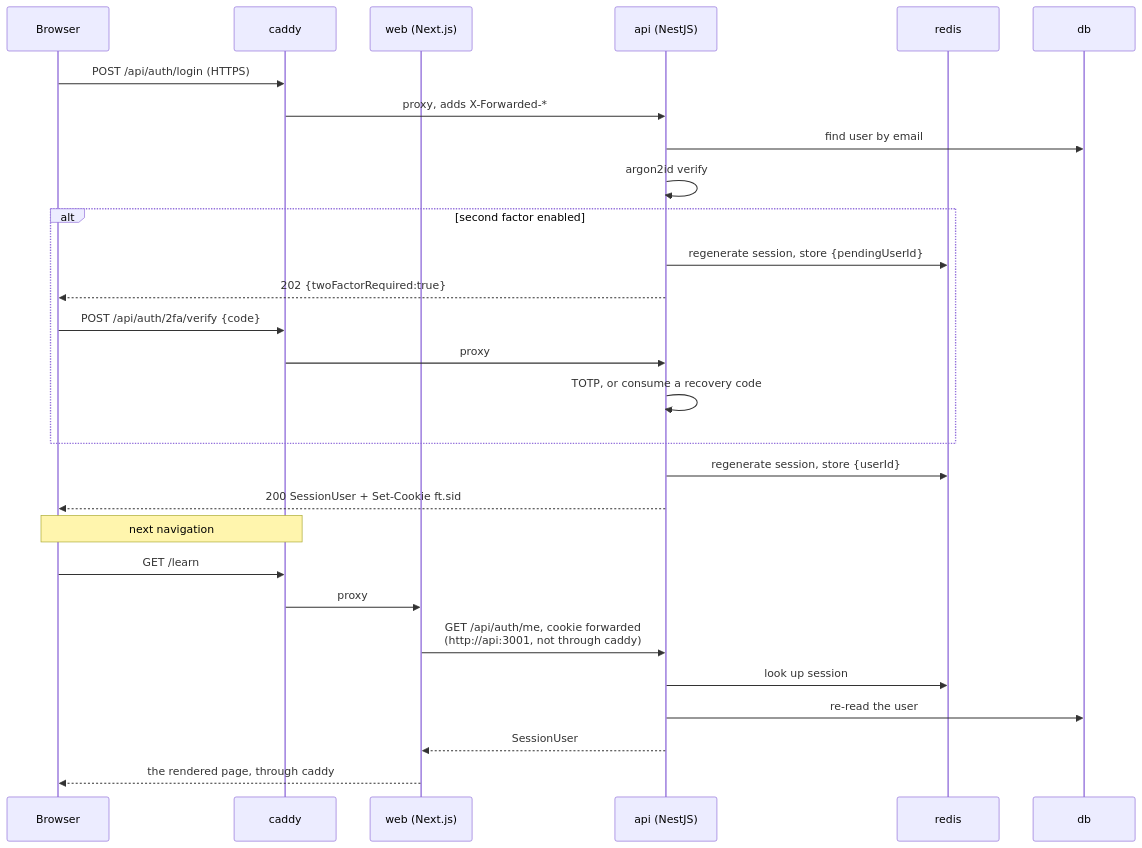
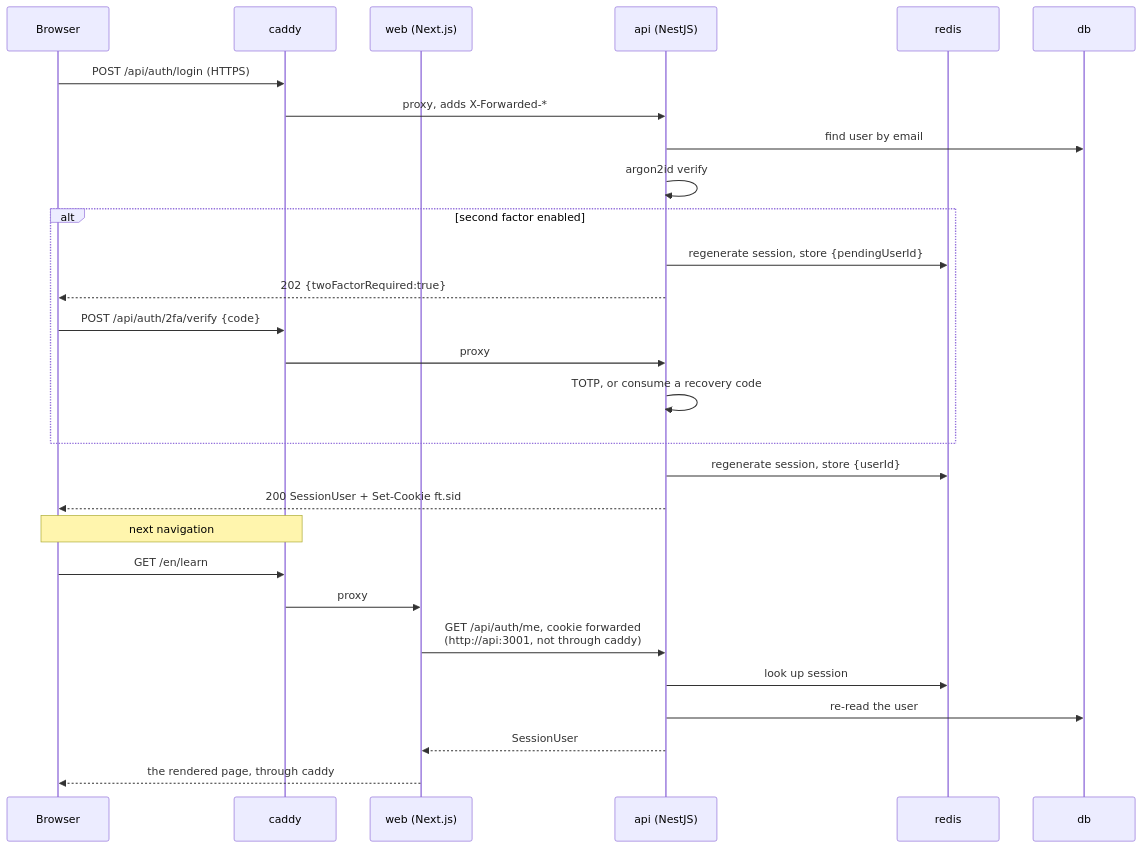
Before and after one commit to VictorBro/ft_transcendence: the second of 8 diagrams in docs/architecture/overview.md, drawn with Mermaid. The commit also changed other lines of this file and 86 other files, not shown here.

````diff
--- a/docs/architecture/overview.md
+++ b/docs/architecture/overview.md
@@ -120,32 +121,32 @@
 ```mermaid
 sequenceDiagram
     participant B as Browser
     participant C as caddy
     participant W as web (Next.js)
     participant A as api (NestJS)
     participant R as redis
     participant P as db
 
     B->>C: POST /api/auth/login (HTTPS)
     C->>A: proxy, adds X-Forwarded-*
     A->>P: find user by email
     A->>A: argon2id verify
     alt second factor enabled
         A->>R: regenerate session, store {pendingUserId}
         A-->>B: 202 {twoFactorRequired:true}
         B->>C: POST /api/auth/2fa/verify {code}
         C->>A: proxy
         A->>A: TOTP, or consume a recovery code
     end
     A->>R: regenerate session, store {userId}
     A-->>B: 200 SessionUser + Set-Cookie ft.sid
 
     Note over B,C: next navigation
-    B->>C: GET /learn
+    B->>C: GET /en/learn
     C->>W: proxy
     W->>A: GET /api/auth/me, cookie forwarded<br/>(http://api:3001, not through caddy)
     A->>R: look up session
     A->>P: re-read the user
     A-->>W: SessionUser
     W-->>B: the rendered page, through caddy
 ```
````
